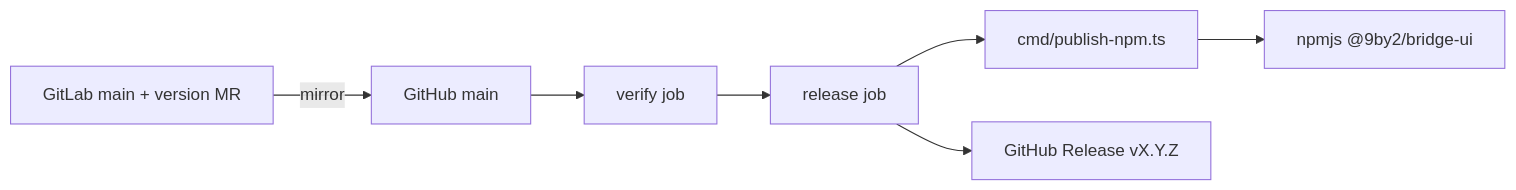
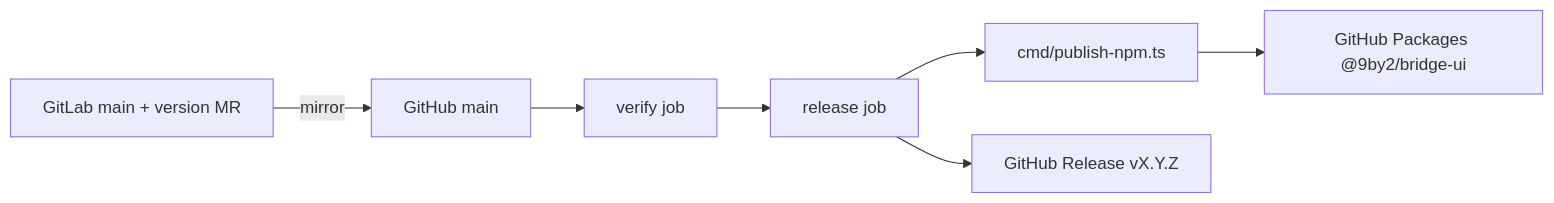
Before and after one commit to 9by2/bridge-ui: the diagram in plan/github-npm-release/design.md, drawn with Mermaid. The commit also changed other lines of this file and 10 other files, not shown here.

First line of the commit message:
fix(release): publish to GitHub Packages

````diff
--- a/plan/github-npm-release/design.md
+++ b/plan/github-npm-release/design.md
@@ -9,9 +9,9 @@
 ```mermaid
 flowchart LR
   GL[GitLab main + version MR] -->|mirror| GH[GitHub main]
   GH --> V[verify job]
   V --> R[release job]
   R --> P[cmd/publish-npm.ts]
-  P --> N[npmjs @9by2/bridge-ui]
+  P --> N[GitHub Packages @9by2/bridge-ui]
   R --> GR[GitHub Release vX.Y.Z]
 ```
````
